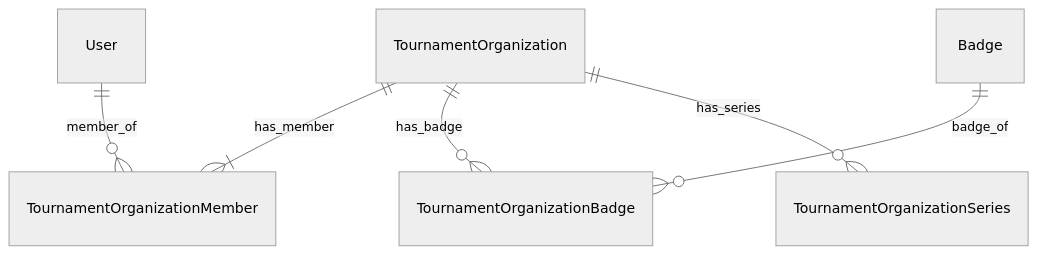
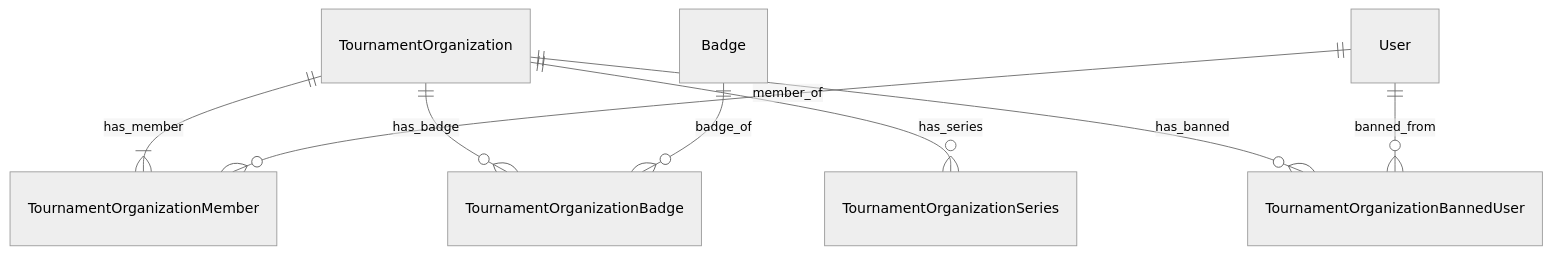
One commit to sendou-ink/sendou.ink changed diagram 13 of 14 in docs/dev/database-relations.md. Above: the diagram before and after it, drawn with Mermaid (neutral theme). The commit also changed 32 other files, not shown here.

````diff
--- a/docs/dev/database-relations.md
+++ b/docs/dev/database-relations.md
@@ -180,10 +180,13 @@
 ```mermaid
 erDiagram
     TournamentOrganization ||--|{ TournamentOrganizationMember : has_member
     User ||--o{ TournamentOrganizationMember : member_of
 
     TournamentOrganization ||--o{ TournamentOrganizationBadge : has_badge
     Badge ||--o{ TournamentOrganizationBadge : badge_of
 
     TournamentOrganization ||--o{ TournamentOrganizationSeries : has_series
+    
+    TournamentOrganization ||--o{ TournamentOrganizationBannedUser : has_banned
+    User ||--o{ TournamentOrganizationBannedUser : banned_from
 ```
````
